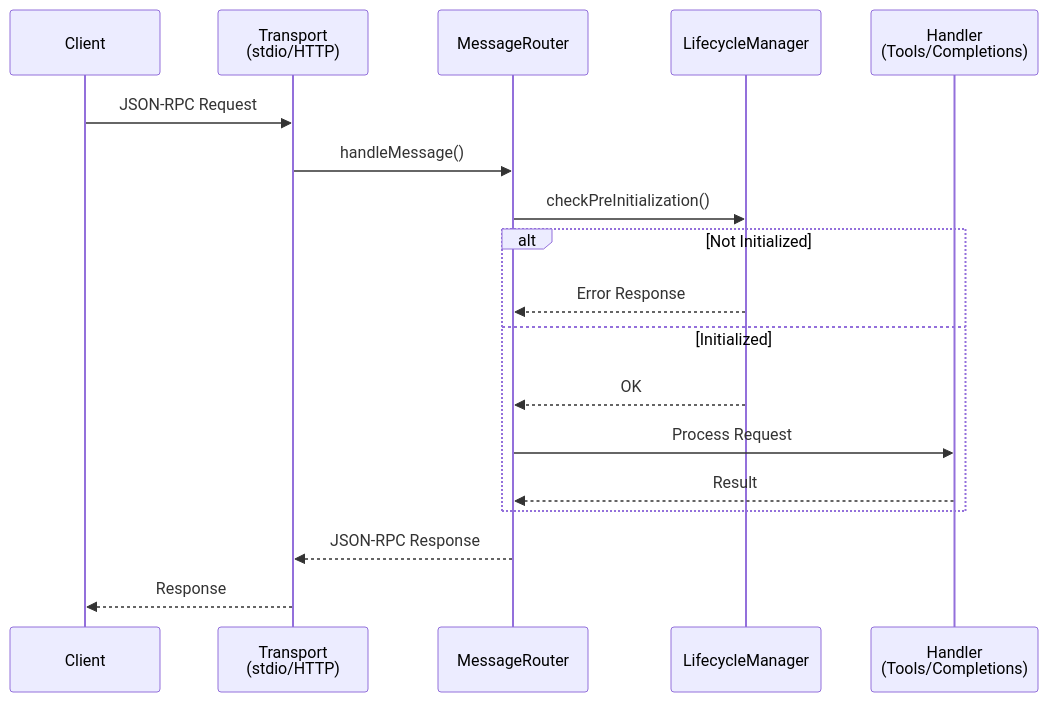
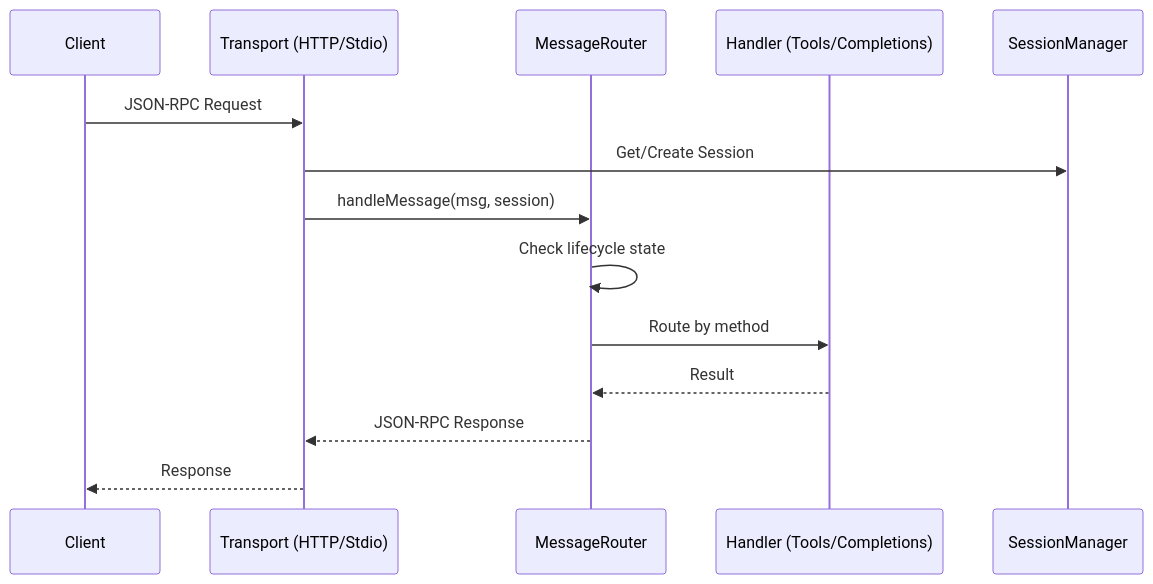
The second of 2 diagrams in docs/onboarding-report.md (chief-builder/mcp-reference-server), drawn with Mermaid before and after one commit. The commit also changed other lines of this file and 1 other file, not shown here.

Commit message:
docs: add project onboarding report with architecture diagrams

````diff
--- a/docs/onboarding-report.md
+++ b/docs/onboarding-report.md
@@ -113,21 +95,17 @@
 ```mermaid
 sequenceDiagram
     participant Client
-    participant Transport as Transport<br/>(stdio/HTTP)
+    participant Transport as Transport (HTTP/Stdio)
     participant Router as MessageRouter
-    participant Lifecycle as LifecycleManager
-    participant Handler as Handler<br/>(Tools/Completions)
+    participant Handler as Handler (Tools/Completions)
+    participant Session as SessionManager
 
     Client->>Transport: JSON-RPC Request
-    Transport->>Router: handleMessage()
-    Router->>Lifecycle: checkPreInitialization()
-    alt Not Initialized
-        Lifecycle-->>Router: Error Response
-    else Initialized
-        Lifecycle-->>Router: OK
-        Router->>Handler: Process Request
-        Handler-->>Router: Result
-    end
+    Transport->>Session: Get/Create Session
+    Transport->>Router: handleMessage(msg, session)
+    Router->>Router: Check lifecycle state
+    Router->>Handler: Route by method
+    Handler-->>Router: Result
     Router-->>Transport: JSON-RPC Response
     Transport-->>Client: Response
 ```
````
